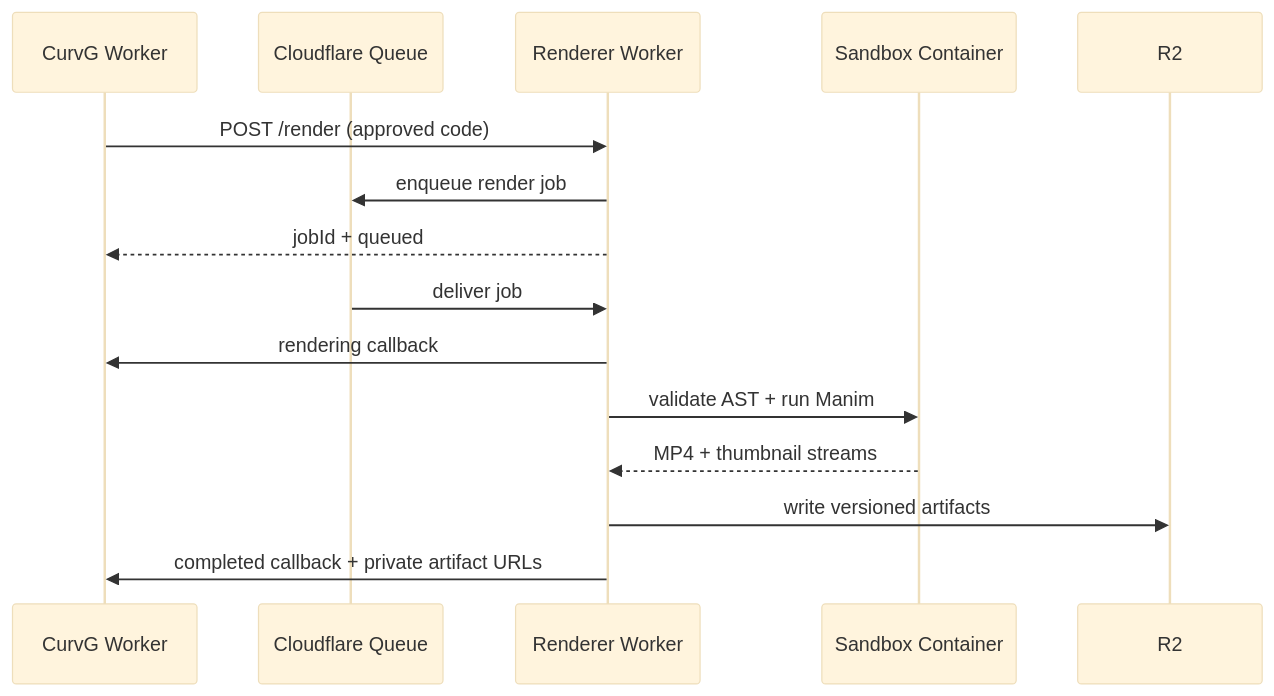
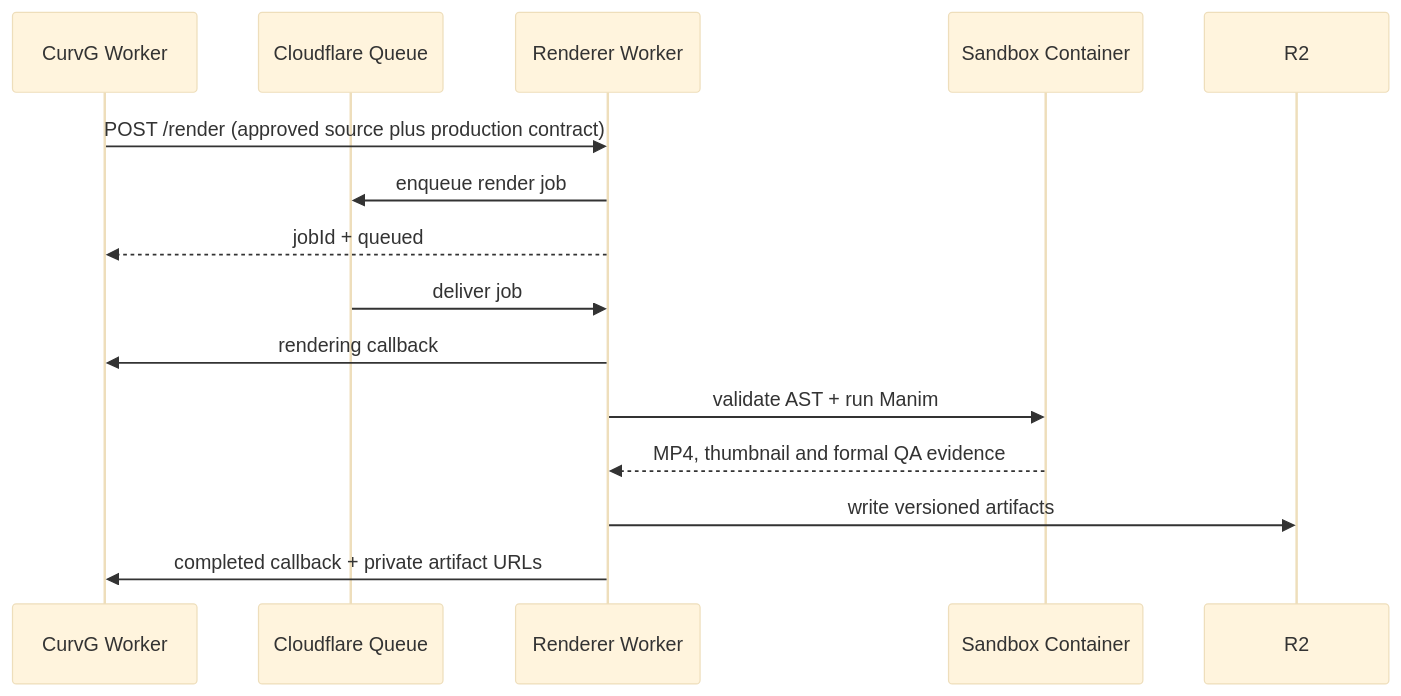
One commit to geektao1024/CurvG changed the second of 2 diagrams in docs/CURVG_CREATOR_ARCHITECTURE.md. Above: the diagram before and after it, drawn with Mermaid (base theme). The commit also changed other lines of this file and 246 other files, not shown here.

````diff
--- a/docs/CURVG_CREATOR_ARCHITECTURE.md
+++ b/docs/CURVG_CREATOR_ARCHITECTURE.md
@@ -79,18 +86,18 @@
 ```mermaid
 sequenceDiagram
   participant App as CurvG Worker
   participant Queue as Cloudflare Queue
   participant Renderer as Renderer Worker
   participant Sandbox as Sandbox Container
   participant R2 as R2
 
-  App->>Renderer: POST /render (approved code)
+  App->>Renderer: POST /render (approved source plus production contract)
   Renderer->>Queue: enqueue render job
   Renderer-->>App: jobId + queued
   Queue->>Renderer: deliver job
   Renderer->>App: rendering callback
   Renderer->>Sandbox: validate AST + run Manim
-  Sandbox-->>Renderer: MP4 + thumbnail streams
+  Sandbox-->>Renderer: MP4, thumbnail and formal QA evidence
   Renderer->>R2: write versioned artifacts
   Renderer->>App: completed callback + private artifact URLs
 ```
````
